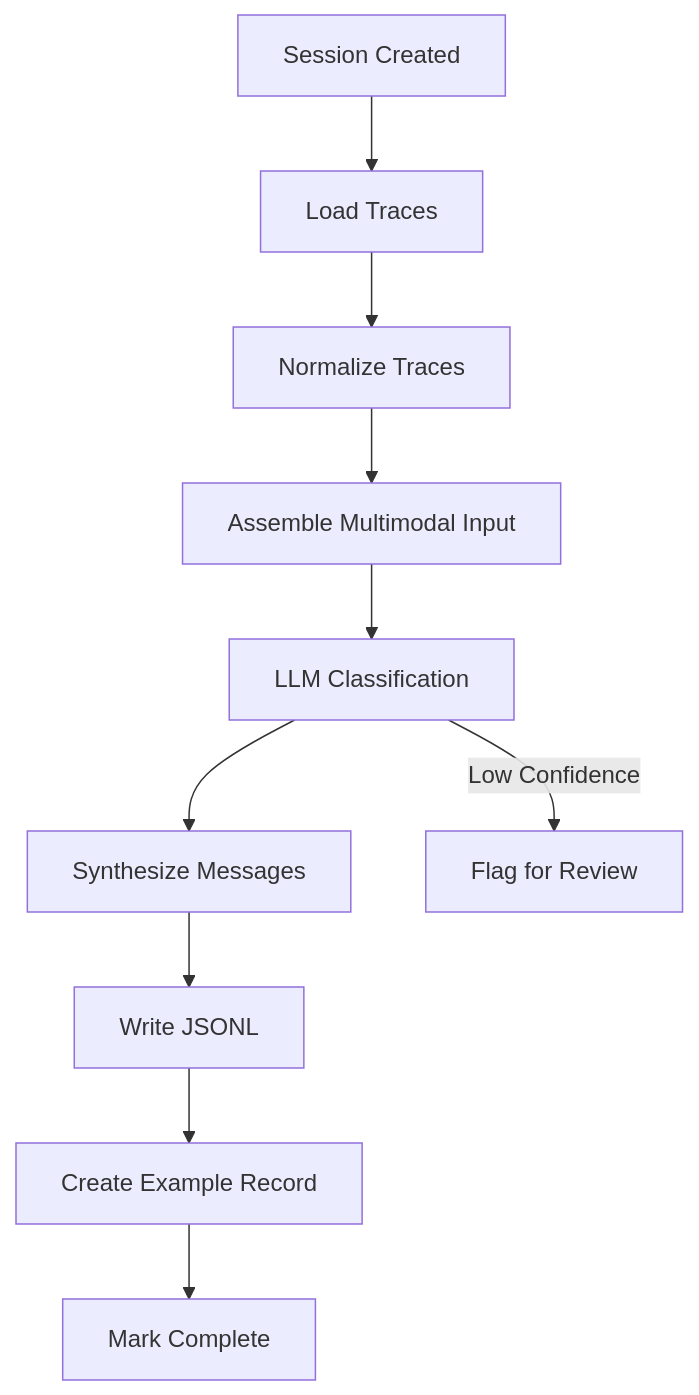
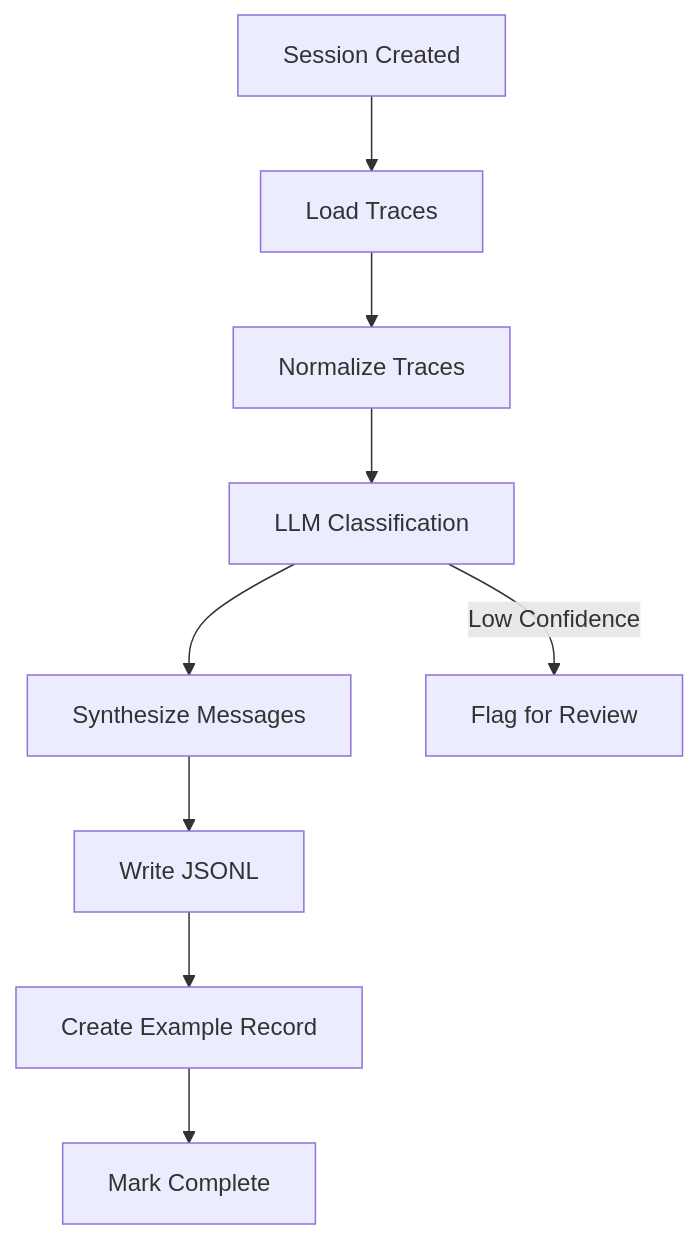
The diagram in docs/milestones/mvp/pipelines.md (CRSS-AI/tracepipe-docs), drawn with Mermaid before and after one commit. The commit also changed other lines of this file and 9 other files, not shown here.

````diff
--- a/docs/milestones/mvp/pipelines.md
+++ b/docs/milestones/mvp/pipelines.md
@@ -69,13 +68,12 @@
 ```mermaid
 graph TD
     Trigger[Session Created] --> Load[Load Traces]
     Load --> Normalize[Normalize Traces]
-    Normalize --> Assemble[Assemble Multimodal Input]
-    Assemble --> Classify[LLM Classification]
+    Normalize --> Classify[LLM Classification]
     Classify --> Synthesize[Synthesize Messages]
     Synthesize --> Write[Write JSONL]
     Write --> Record[Create Example Record]
     Record --> Complete[Mark Complete]
     
     Classify -->|Low Confidence| Flag[Flag for Review]
 ```
````
